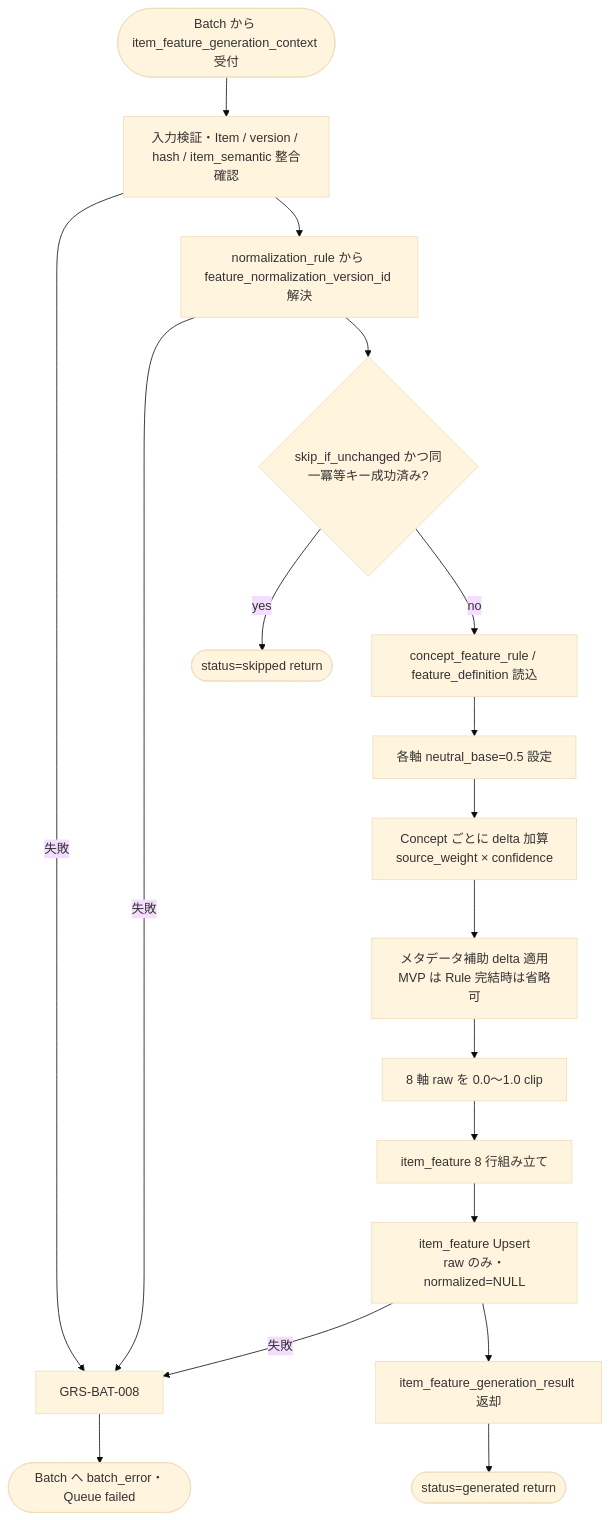
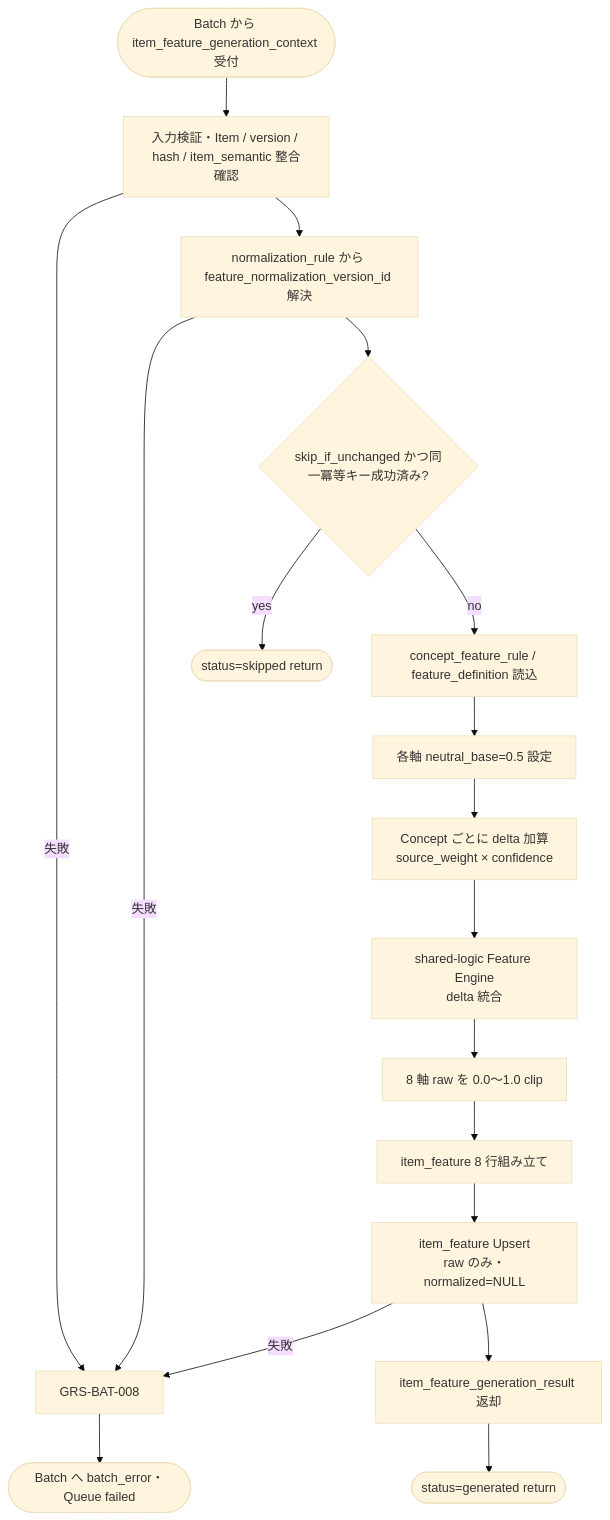
The diagram in docs/06_実装設計/reco/MOD-RECO-027_Item Feature Generatorモジュール仕様書.md (ryo-chan-k6/GiftRecommendAPP_MVP_CYCLE_3), drawn with Mermaid (base theme) before and after one commit. The commit also changed other lines of this file, not shown here.

````diff
--- a/docs/06_実装設計/reco/MOD-RECO-027_Item Feature Generatorモジュール仕様書.md
+++ b/docs/06_実装設計/reco/MOD-RECO-027_Item Feature Generatorモジュール仕様書.md
@@ -176,23 +179,23 @@
 ```mermaid
 flowchart TD
     START([Batch から item_feature_generation_context 受付]) --> VAL[入力検証・Item / version / hash / item_semantic 整合確認]
     VAL -->|失敗| ERR[GRS-BAT-008]
     VAL --> NORM_BIND[normalization_rule から feature_normalization_version_id 解決]
     NORM_BIND -->|失敗| ERR
     NORM_BIND --> SKIPCHK{skip_if_unchanged かつ同一冪等キー成功済み?}
     SKIPCHK -->|yes| SKIP([status=skipped return])
     SKIPCHK -->|no| LOAD[concept_feature_rule / feature_definition 読込]
 
     LOAD --> BASE[各軸 neutral_base=0.5 設定]
     BASE --> DELTA[Concept ごとに delta 加算<br/>source_weight × confidence]
-    DELTA --> META[メタデータ補助 delta 適用<br/>MVP は Rule 完結時は省略可]
-    META --> CLIP[8 軸 raw を 0.0〜1.0 clip]
+    DELTA --> ENG[shared-logic Feature Engine<br/>delta 統合]
+    ENG --> CLIP[8 軸 raw を 0.0〜1.0 clip]
     CLIP --> BUILD[item_feature 8 行組み立て]
 
     BUILD --> UPSERT[item_feature Upsert<br/>raw のみ・normalized=NULL]
     UPSERT -->|失敗| ERR
     UPSERT --> OUT[item_feature_generation_result 返却]
     OUT --> OK([status=generated return])
 
     ERR --> FAIL([Batch へ batch_error・Queue failed])
 ```
````
